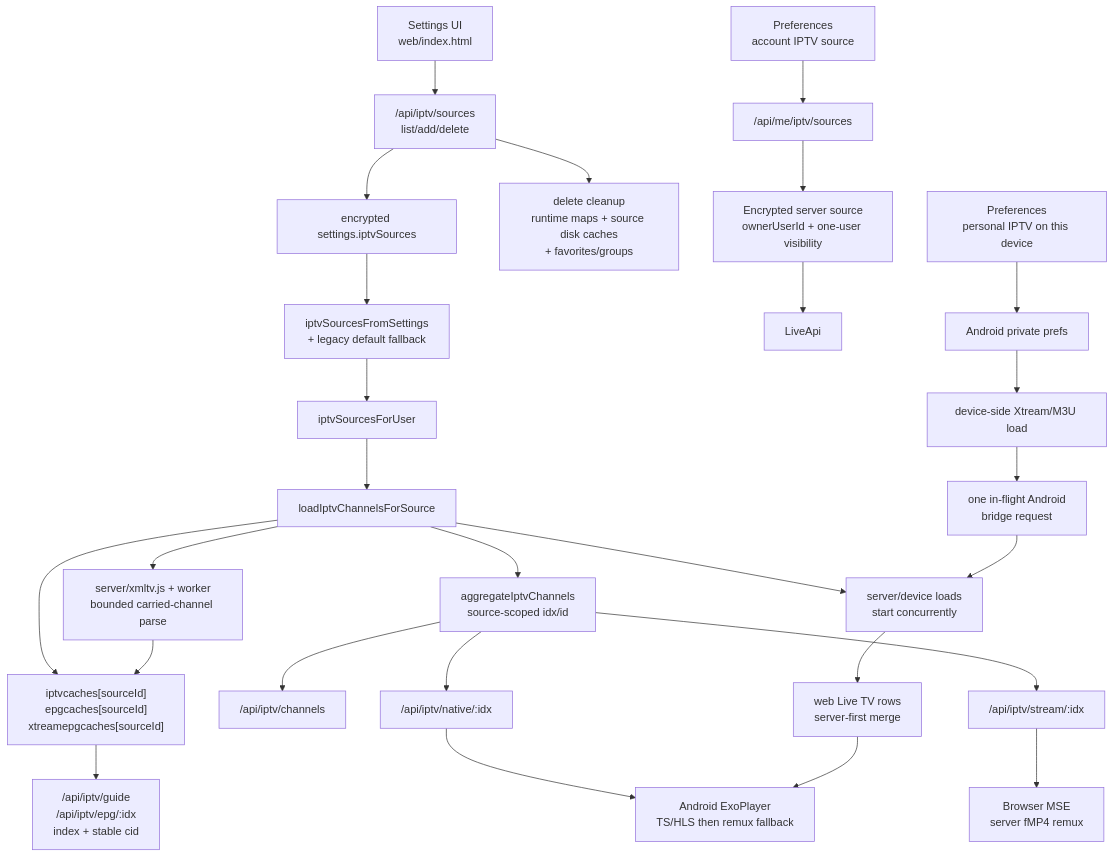
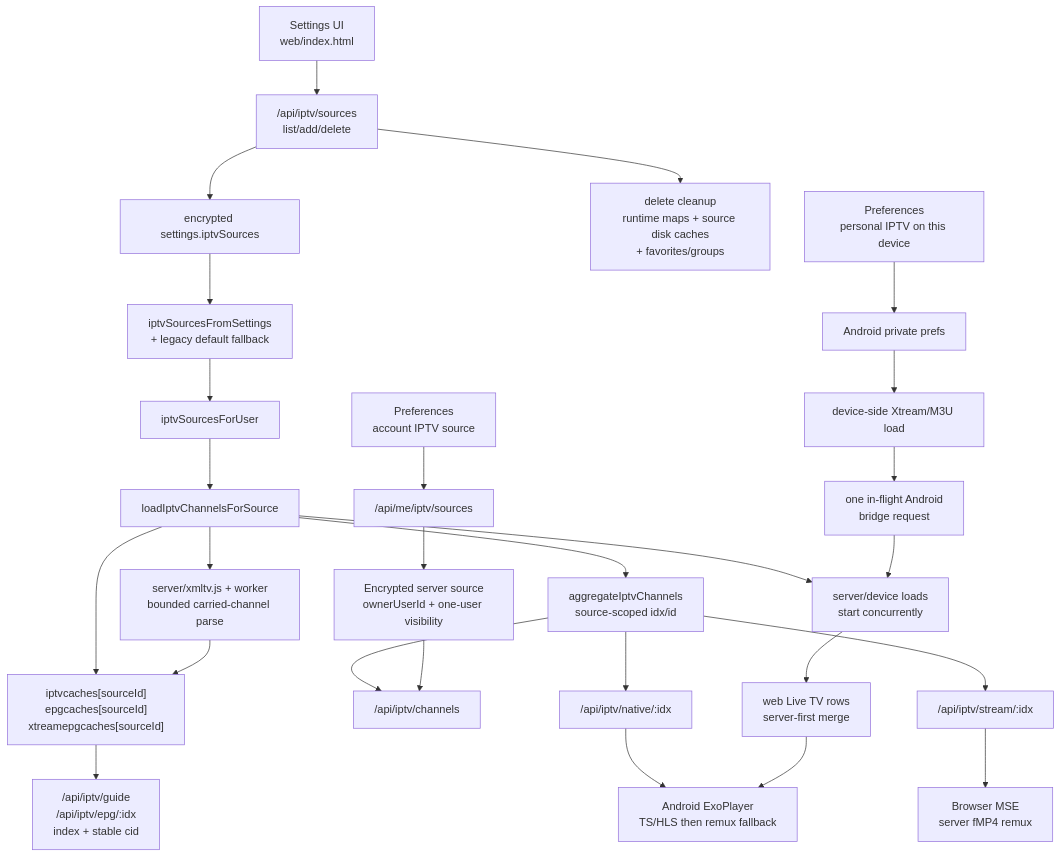
The diagram in docs-player-regression-map.md (d1same/triboon), drawn with Mermaid before and after one commit. The commit also changed other lines of this file and 19 other files, not shown here.

````diff
--- a/docs-player-regression-map.md
+++ b/docs-player-regression-map.md
@@ -16,29 +16,29 @@
 ```mermaid
 flowchart TD
   Settings["Settings UI\nweb/index.html"] --> SourcesApi["/api/iptv/sources\nlist/add/delete"]
   SourcesApi --> EncSettings["encrypted settings.iptvSources"]
   EncSettings --> SourceResolver["iptvSourcesFromSettings\n+ legacy default fallback"]
   SourceResolver --> UserFilter["iptvSourcesForUser"]
   UserFilter --> PerSourceLoad["loadIptvChannelsForSource"]
   PerSourceLoad --> SourceCaches["iptvcaches[sourceId]\nepgcaches[sourceId]\nxtreamepgcaches[sourceId]"]
   PerSourceLoad --> XmltvWorker["server/xmltv.js + worker\nbounded carried-channel parse"]
   XmltvWorker --> SourceCaches
   PerSourceLoad --> Aggregate["aggregateIptvChannels\nsource-scoped idx/id"]
   Aggregate --> ChannelsApi["/api/iptv/channels"]
   SourceCaches --> GuideApi["/api/iptv/guide\n/api/iptv/epg/:idx\nindex + stable cid"]
   Aggregate --> NativeApi["/api/iptv/native/:idx"]
   Aggregate --> WebApi["/api/iptv/stream/:idx"]
   NativeApi --> Android["Android ExoPlayer\nTS/HLS then remux fallback"]
   WebApi --> Browser["Browser MSE\nserver fMP4 remux"]
   SourcesApi --> DeleteCleanup["delete cleanup\nruntime maps + source disk caches\n+ favorites/groups"]
   UserPrefs["Preferences\naccount IPTV source"] --> UserApi["/api/me/iptv/sources"]
   UserApi --> SharedSourceModel["Encrypted server source\nownerUserId + one-user visibility"]
-  SharedSourceModel --> LiveApi
+  SharedSourceModel --> ChannelsApi
   AndroidPrefs["Preferences\npersonal IPTV on this device"] --> AndroidStore["Android private prefs"]
   AndroidStore --> DeviceLoad["device-side Xtream/M3U load"]
   PerSourceLoad --> ConcurrentLoad["server/device loads\nstart concurrently"]
   DeviceLoad --> SingleFlight["one in-flight Android\nbridge request"]
   SingleFlight --> ConcurrentLoad
   ConcurrentLoad --> LiveMerge["web Live TV rows\nserver-first merge"]
   LiveMerge --> Android
 ```
````
